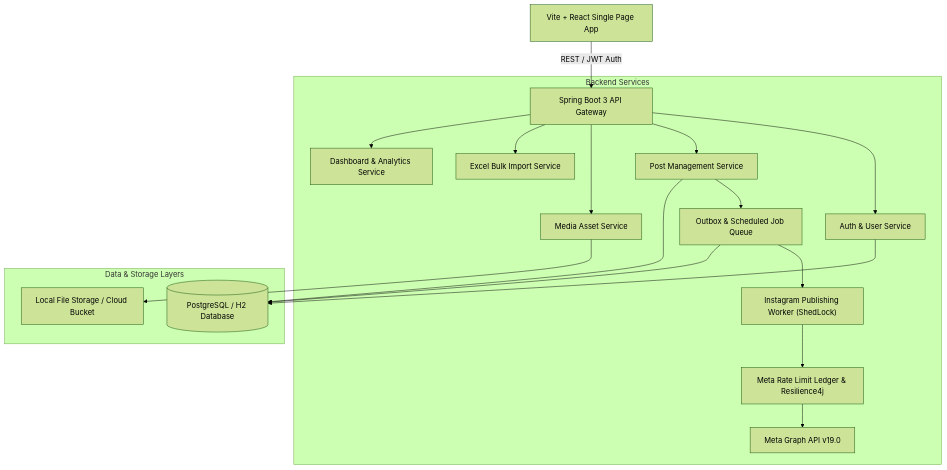
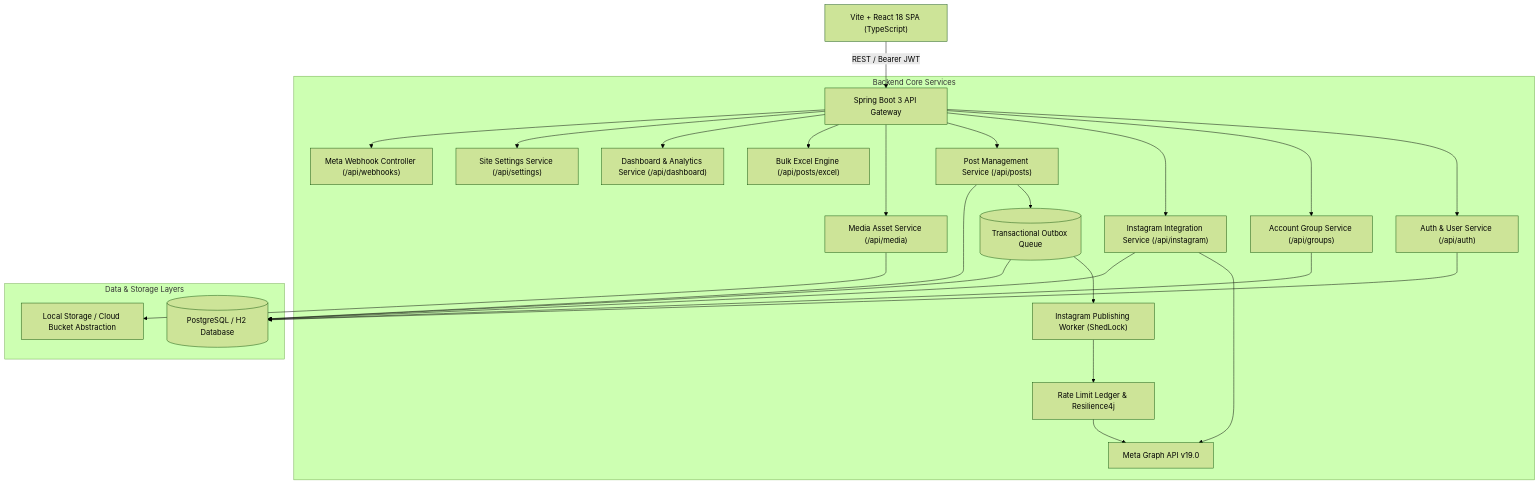
The first of 2 diagrams in DOCUMENTATION.md (kushalkumar12/social-media-mgmnt), drawn with Mermaid (forest theme) before and after one commit. The commit also changed other lines of this file and 77 other files, not shown here.

Commit message:
feat: complete Instagram Management platform with simulator, enhanced UI, and full testing suite

````diff
--- a/DOCUMENTATION.md
+++ b/DOCUMENTATION.md
@@ -17,22 +21,27 @@
 ```mermaid
 graph TD
-    Client["Vite + React Single Page App"] -->|REST / JWT Auth| API["Spring Boot 3 API Gateway"]
+    Client["Vite + React 18 SPA (TypeScript)"] -->|REST / Bearer JWT| Gateway["Spring Boot 3 API Gateway"]
     
-    subgraph Backend Services
-        API --> Auth["Auth & User Service"]
-        API --> PostSvc["Post Management Service"]
-        API --> MediaSvc["Media Asset Service"]
-        API --> ExcelSvc["Excel Bulk Import Service"]
-        API --> DashSvc["Dashboard & Analytics Service"]
+    subgraph Backend Core Services
+        Gateway --> AuthSvc["Auth & User Service (/api/auth)"]
+        Gateway --> GroupSvc["Account Group Service (/api/groups)"]
+        Gateway --> InstaAuthSvc["Instagram Integration Service (/api/instagram)"]
+        Gateway --> PostSvc["Post Management Service (/api/posts)"]
+        Gateway --> MediaSvc["Media Asset Service (/api/media)"]
+        Gateway --> ExcelSvc["Bulk Excel Engine (/api/posts/excel)"]
+        Gateway --> DashSvc["Dashboard & Analytics Service (/api/dashboard)"]
+        Gateway --> SettingSvc["Site Settings Service (/api/settings)"]
+        Gateway --> WebhookSvc["Meta Webhook Controller (/api/webhooks)"]
         
-        PostSvc --> Outbox["Outbox & Scheduled Job Queue"]
-        Outbox --> Worker["Instagram Publishing Worker (ShedLock)"]
-        Worker --> RateLimiter["Meta Rate Limit Ledger & Resilience4j"]
+        PostSvc --> OutboxQueue[("Transactional Outbox Queue")]
+        OutboxQueue --> PubWorker["Instagram Publishing Worker (ShedLock)"]
+        PubWorker --> RateLimiter["Rate Limit Ledger & Resilience4j"]
         RateLimiter --> GraphAPI["Meta Graph API v19.0"]
+        InstaAuthSvc --> GraphAPI
     end
 
     subgraph Data & Storage Layers
-        Auth & PostSvc & Outbox --> DB[("PostgreSQL / H2 Database")]
-        MediaSvc --> Storage["Local File Storage / Cloud Bucket"]
+        AuthSvc & GroupSvc & InstaAuthSvc & PostSvc & OutboxQueue --> DB[("PostgreSQL / H2 Database")]
+        MediaSvc --> Storage["Local Storage / Cloud Bucket Abstraction"]
     end
 ```
````
